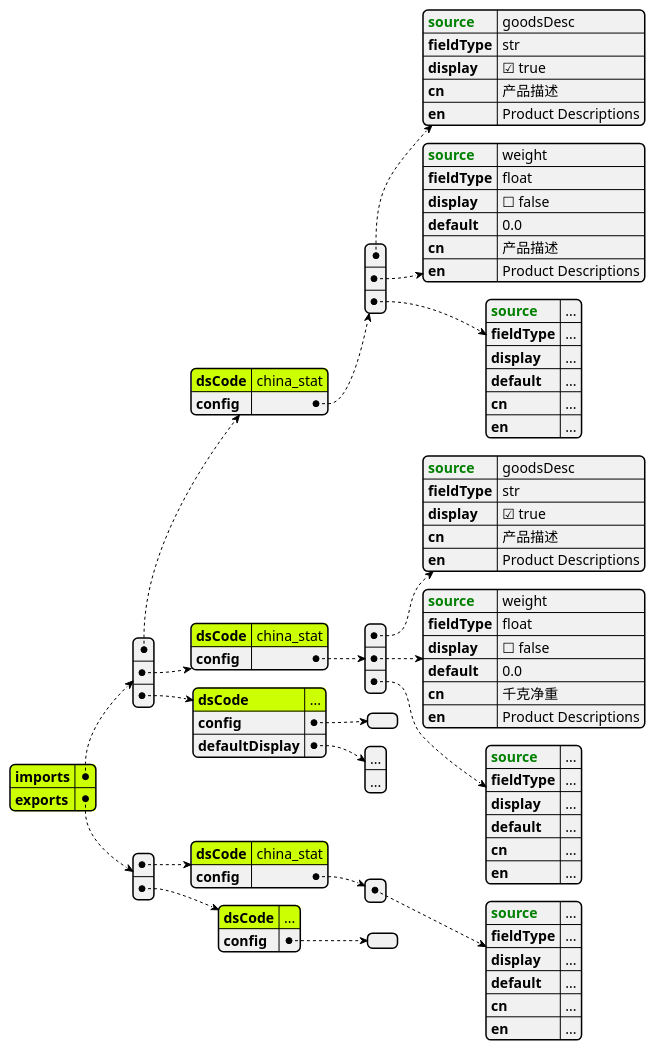
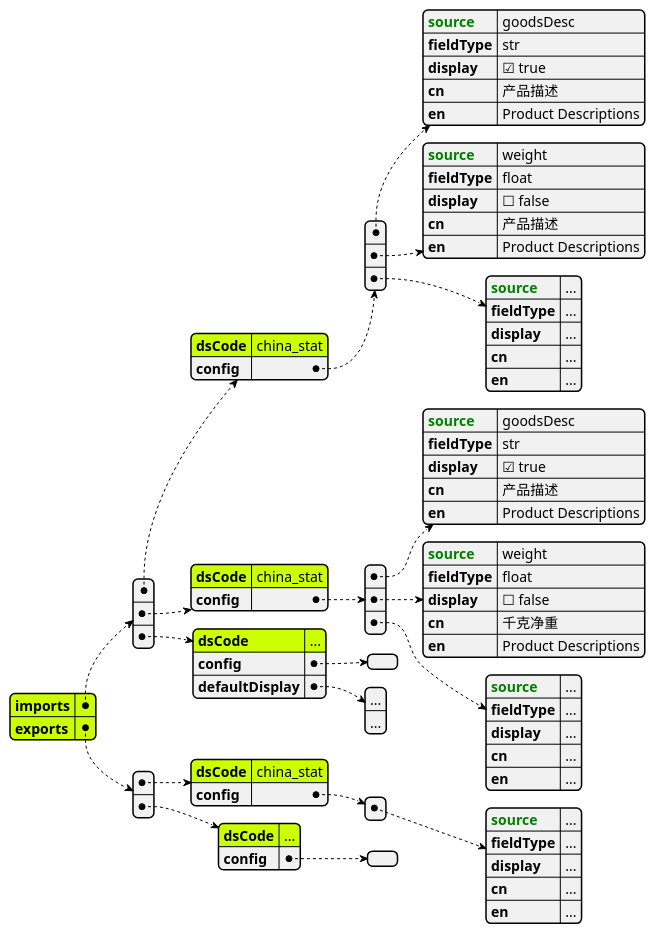
Before and after one commit to lwpk110/tendata-assets: the diagram in plantuml/tradec/query_column.puml, drawn with PlantUML. The commit also changed 3 other files, not shown here.

```diff
--- a/plantuml/tradec/query_column.puml
+++ b/plantuml/tradec/query_column.puml
@@ -1,91 +1,85 @@
 @startjson
 #highlight "imports"
 #highlight "imports" / "0" / "dsCode"
 #highlight "imports" / "1" / "dsCode"
 #highlight "imports" / "2" / "dsCode"
 #highlight "exports"
 #highlight "exports" / "0" / "dsCode" 
 #highlight "exports" / "1" / "dsCode" 
 ' #highlight "address" / "city"
 ' #highlight "phoneNumbers" / "0" / "number"
 {
 	"imports": [{
 			"dsCode": "china_stat",
 			"config": [{
 					"<color:green><b>source": "goodsDesc",
 					"fieldType": "str",
 					"display": true,
 					"cn": "产品描述",
 					"en": "Product Descriptions"
 				},
 				{
 					"<color:green><b>source": "weight",
 					"fieldType": "float",
 					"display": false,
-					"default": 0.0,
 					"cn": "产品描述",
 					"en": "Product Descriptions"
 				},
 				{
 					"<color:green><b>source": "...",
 					"fieldType": "...",
 					"display": "...",
-					"default": "...",
 					"cn": "...",
 					"en": "..."
 				}
 
 			]
 		},
 		{
 			"dsCode": "china_stat",
 			"config": [{
 					"<color:green><b>source": "goodsDesc",
 					"fieldType": "str",
 					"display": true,
 					"cn": "产品描述",
 					"en": "Product Descriptions"
 				},
 				{
 					"<color:green><b>source": "weight",
 					"fieldType": "float",
 					"display": false,
-					"default": 0.0,
 					"cn": "千克净重",
 					"en": "Product Descriptions"
 				},
 				{
 					"<color:green><b>source": "...",
 					"fieldType": "...",
 					"display": "...",
-					"default": "...",
 					"cn": "...",
 					"en": "..."
 				}
-
 			]
 		},
 		{
 			"dsCode": "...",
 			"config": [],
 			"defaultDisplay": ["...", "..."]
 		}
 	],
 	"exports": [{
 			"dsCode": "china_stat",
 			"config": [{
 				"<color:green><b>source": "...",
 				"fieldType": "...",
 				"display": "...",
-				"default": "...",
 				"cn": "...",
 				"en": "..."
 			}]
 		},
 		{
 			"dsCode": "...",
 			"config": []
 		}
 	]
 }
 @endjson
```
